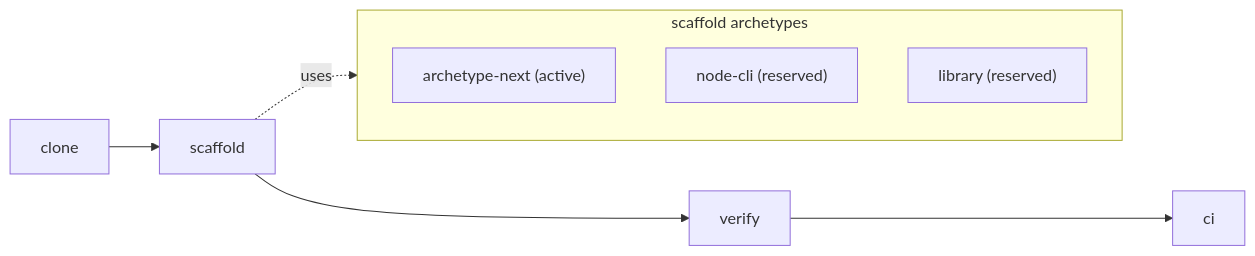
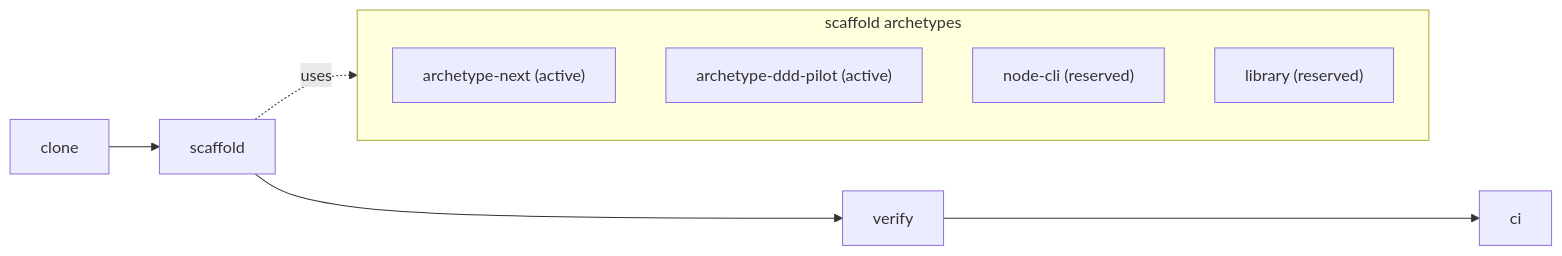
Before and after one commit to llm-setup-templates/typescript-template: the diagram in SETUP.md, drawn with Mermaid. The commit also changed other lines of this file, not shown here.

Commit message:
docs(setup): Phase 0 mermaid + section 3 dual-archetype + Troubleshooting (Wave 5 T5.3)

````diff
--- a/SETUP.md
+++ b/SETUP.md
@@ -11,10 +11,11 @@
 ```mermaid
 flowchart LR
   clone --> scaffold --> verify --> ci
   subgraph A["scaffold archetypes"]
     next["archetype-next (active)"]
+    dddpilot["archetype-ddd-pilot (active)"]
     nodecli["node-cli (reserved)"]
     library["library (reserved)"]
   end
   scaffold -.uses.-> A
 ```
````
